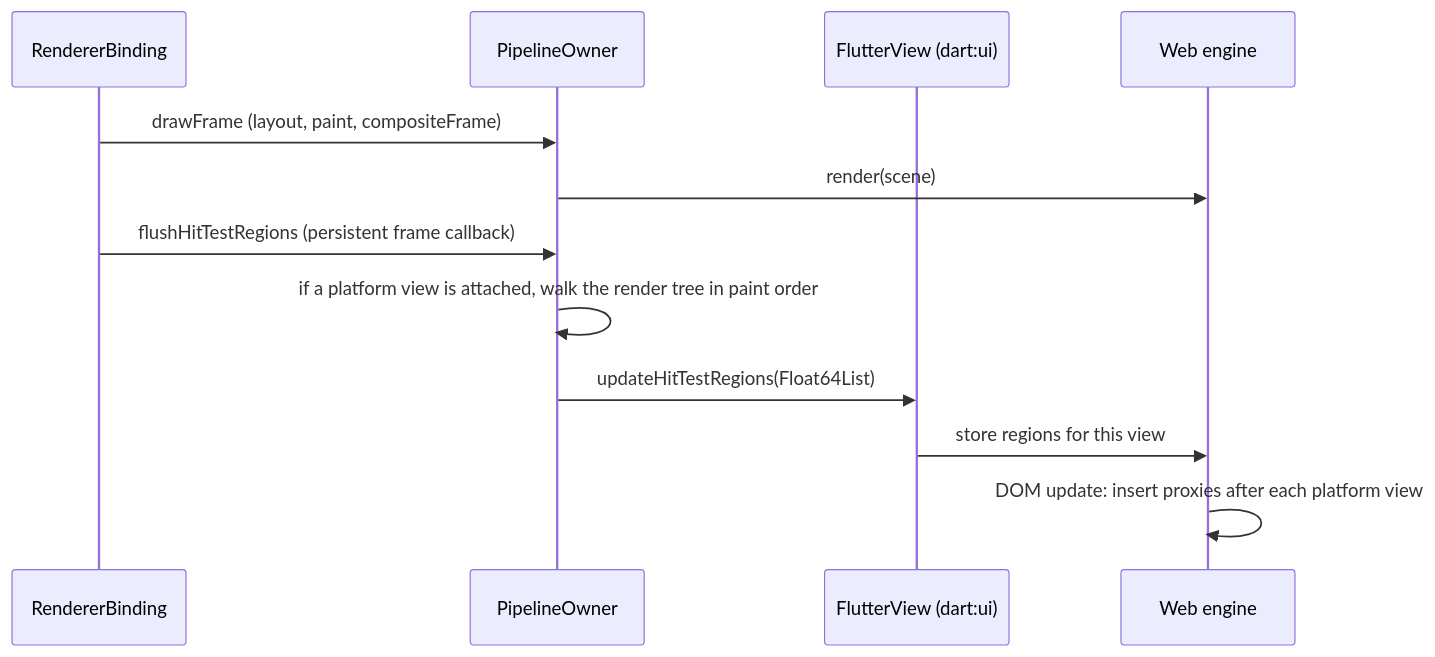
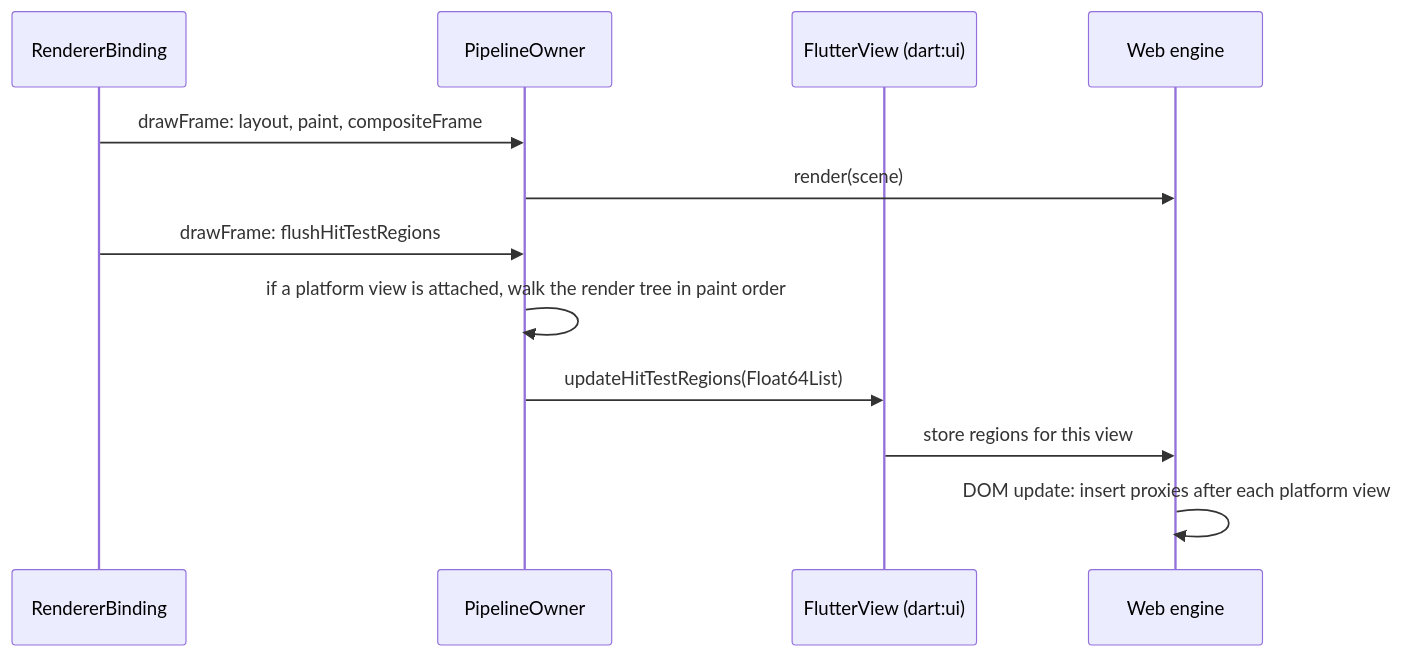
One commit to flutter/rfc changed the diagram in rfc/420.0000-automatic-pointer-interceptors.md. Above: the diagram before and after it, drawn with Mermaid. The commit also changed other lines of this file, not shown here.

````diff
--- a/rfc/420.0000-automatic-pointer-interceptors.md
+++ b/rfc/420.0000-automatic-pointer-interceptors.md
@@ -115,14 +115,14 @@
 ```mermaid
 sequenceDiagram
   participant B as RendererBinding
   participant P as PipelineOwner
   participant V as FlutterView (dart:ui)
   participant E as Web engine
-  B->>P: drawFrame (layout, paint, compositeFrame)
+  B->>P: drawFrame: layout, paint, compositeFrame
   P->>E: render(scene)
-  B->>P: flushHitTestRegions (persistent frame callback)
+  B->>P: drawFrame: flushHitTestRegions
   P->>P: if a platform view is attached, walk the render tree in paint order
   P->>V: updateHitTestRegions(Float64List)
   V->>E: store regions for this view
   E->>E: DOM update: insert proxies after each platform view
 ```
````
